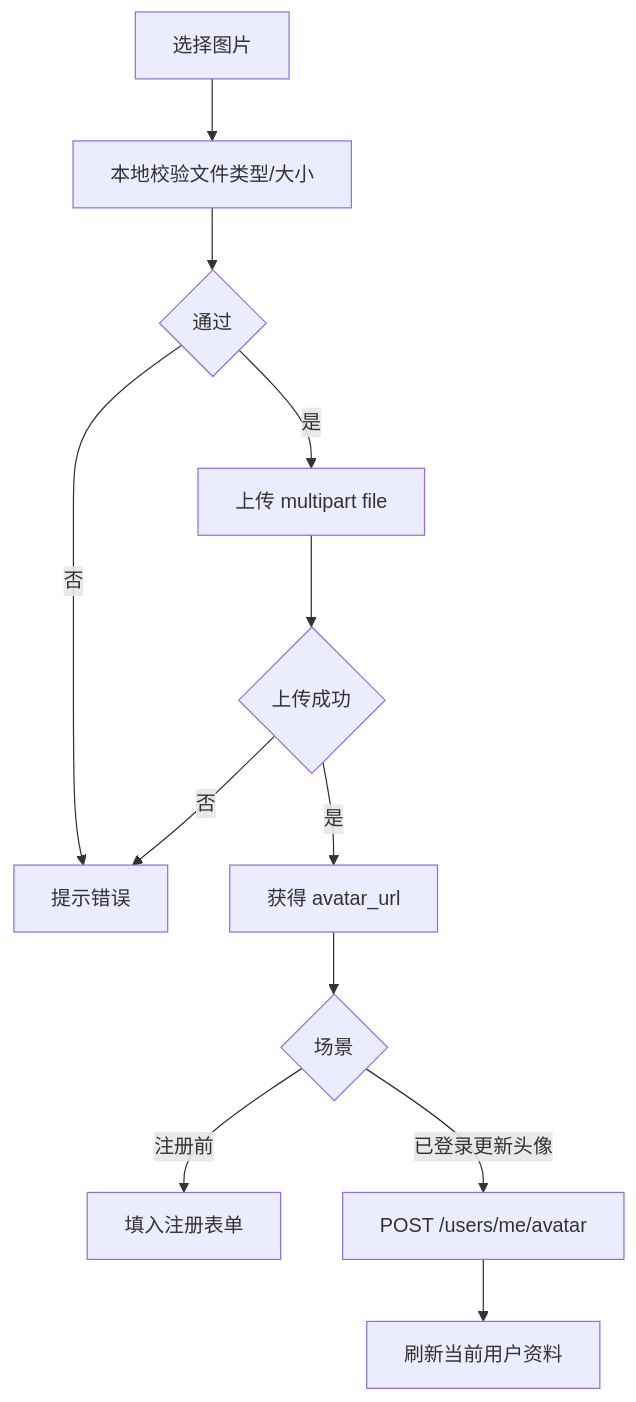
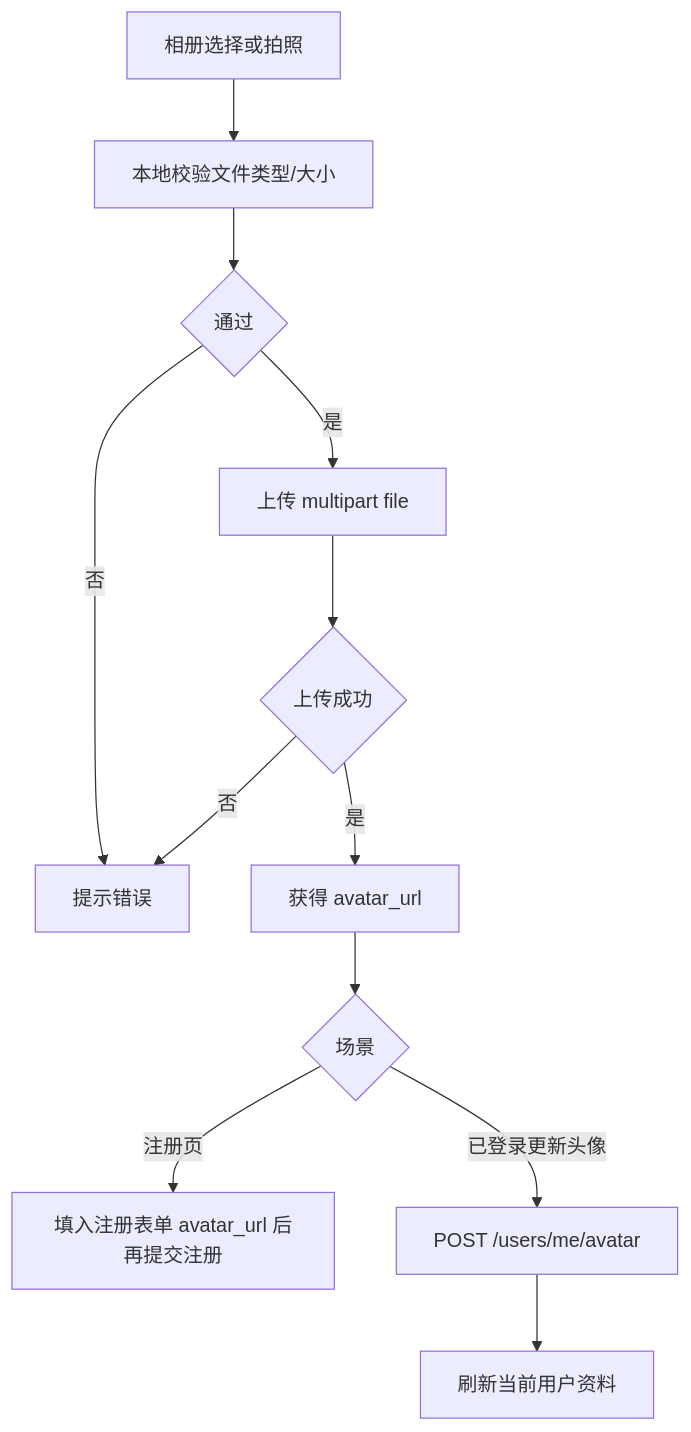
Diagram 11 of 13 in docs/客户端逻辑设计.md (DancingCodes/room-app), drawn with Mermaid before and after one commit. The commit also changed other lines of this file and 1 other file, not shown here.

````diff
--- a/docs/客户端逻辑设计.md
+++ b/docs/客户端逻辑设计.md
@@ -241,14 +241,14 @@
 ```mermaid
 flowchart TD
-    A[选择图片] --> B[本地校验文件类型/大小]
+    A[相册选择或拍照] --> B[本地校验文件类型/大小]
     B --> C{通过}
     C -- 否 --> D[提示错误]
     C -- 是 --> E[上传 multipart file]
     E --> F{上传成功}
     F -- 否 --> D
     F -- 是 --> G[获得 avatar_url]
     G --> H{场景}
-    H -- 注册前 --> I[填入注册表单]
+    H -- 注册页 --> I[填入注册表单 avatar_url 后再提交注册]
     H -- 已登录更新头像 --> J[POST /users/me/avatar]
     J --> K[刷新当前用户资料]
 ```
````
